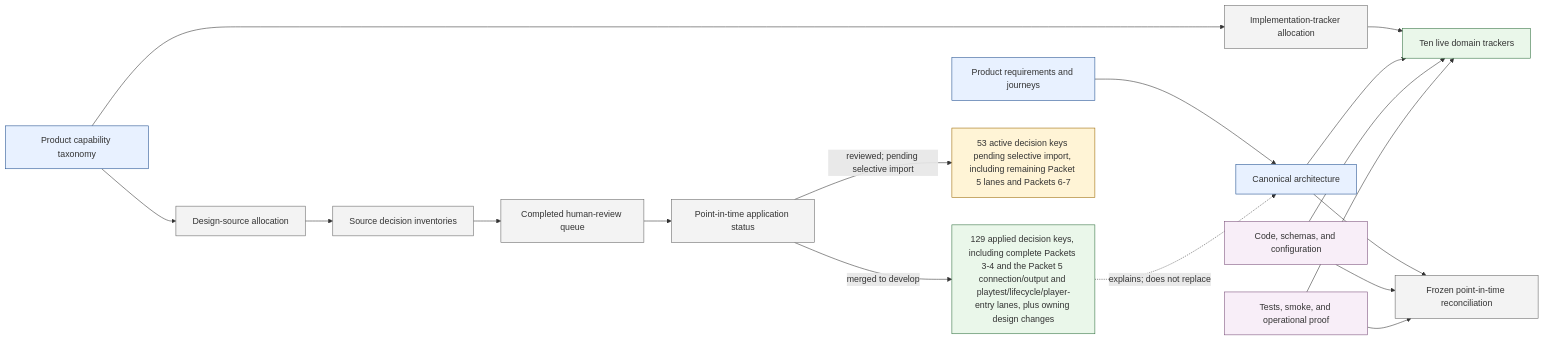
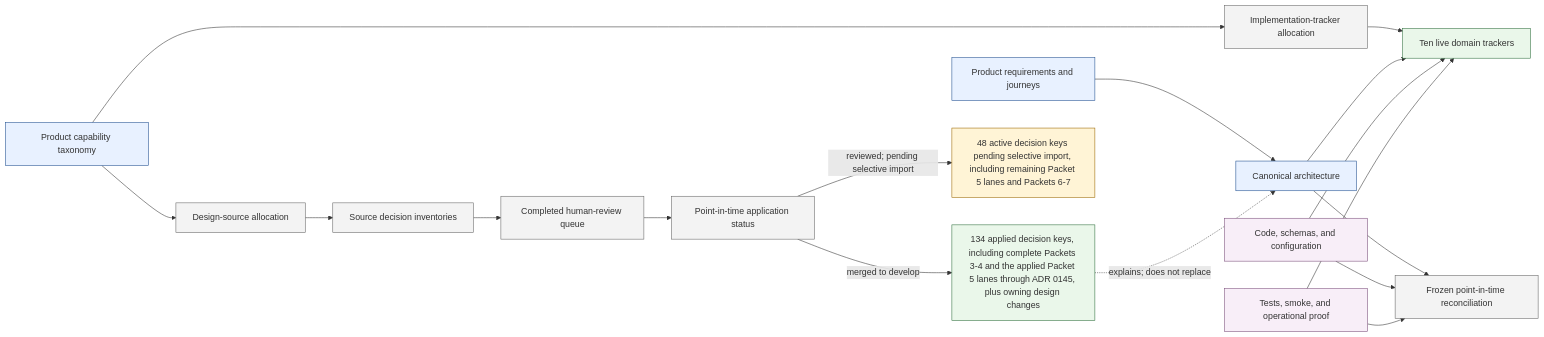
The diagram in design/project-management/design-alignment/README.md (benhook1013/FireMUD), drawn with Mermaid before and after one commit. The commit also changed other lines of this file and 40 other files, not shown here.

Commit message:
docs: complete remaining packet 5 decisions

````diff
--- a/design/project-management/design-alignment/README.md
+++ b/design/project-management/design-alignment/README.md
@@ -27,27 +27,27 @@
 ```mermaid
 flowchart LR
     PRODUCT[Product requirements and journeys]:::canonical --> ARCH[Canonical architecture]:::canonical
     TAXONOMY[Product capability taxonomy]:::canonical --> DESIGN_ALLOC[Design-source allocation]:::alignment
     DESIGN_ALLOC --> SOURCE_INV[Source decision inventories]:::alignment
     SOURCE_INV --> HUMAN_QUEUE[Completed human-review queue]:::alignment
     HUMAN_QUEUE --> APPLY[Point-in-time application status]:::alignment
-    APPLY -->|merged to develop| APPLIED_DECISIONS[129 applied decision keys, including complete Packets 3-4 and the Packet 5 connection/output and playtest/lifecycle/player-entry lanes, plus owning design changes]:::status
+    APPLY -->|merged to develop| APPLIED_DECISIONS[134 applied decision keys, including complete Packets 3-4 and the applied Packet 5 lanes through ADR 0145, plus owning design changes]:::status
     APPLIED_DECISIONS -. explains; does not replace .-> ARCH
-    APPLY -->|reviewed; pending selective import| PENDING[53 active decision keys pending selective import, including remaining Packet 5 lanes and Packets 6-7]:::pending
+    APPLY -->|reviewed; pending selective import| PENDING[48 active decision keys pending selective import, including remaining Packet 5 lanes and Packets 6-7]:::pending
 
     TAXONOMY --> TRACKER_ALLOC[Implementation-tracker allocation]:::alignment
     TRACKER_ALLOC --> TRACKERS[Ten live domain trackers]:::status
     ARCH --> TRACKERS
     CODE[Code, schemas, and configuration]:::evidence --> TRACKERS
     PROOF[Tests, smoke, and operational proof]:::evidence --> TRACKERS
 
     ARCH --> RECON[Frozen point-in-time reconciliation]:::alignment
     CODE --> RECON
     PROOF --> RECON
 
     classDef canonical fill:#e8f1ff,stroke:#1f4f8f
     classDef alignment fill:#f3f3f3,stroke:#666
     classDef pending fill:#fff4d6,stroke:#9a6700
     classDef status fill:#eaf7ea,stroke:#2f6f3e
     classDef evidence fill:#f8eef8,stroke:#7a4e7a
 ```
````
